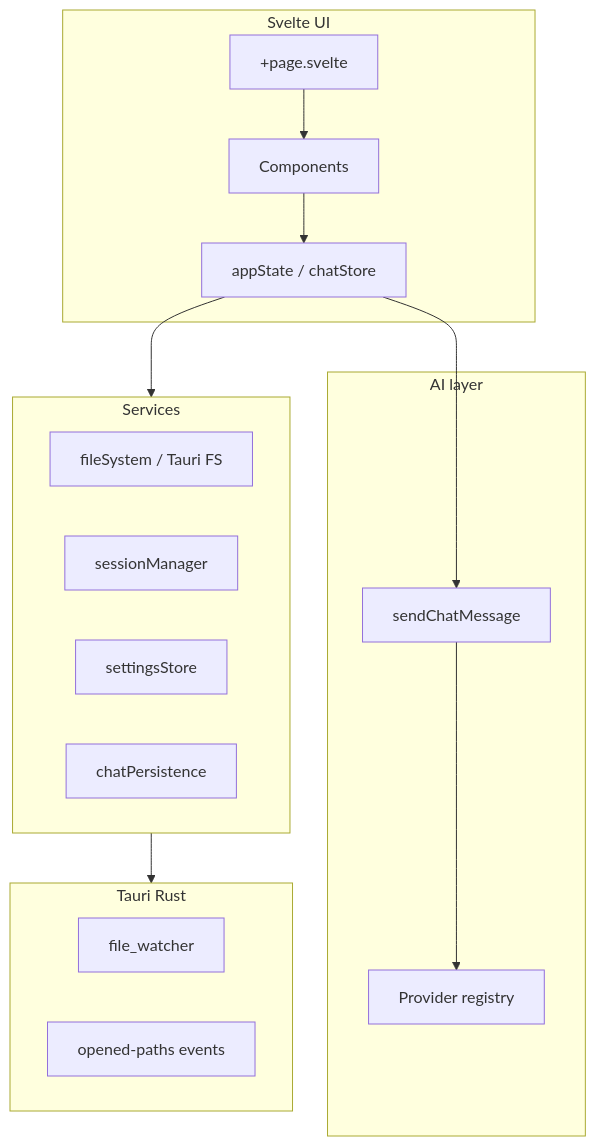
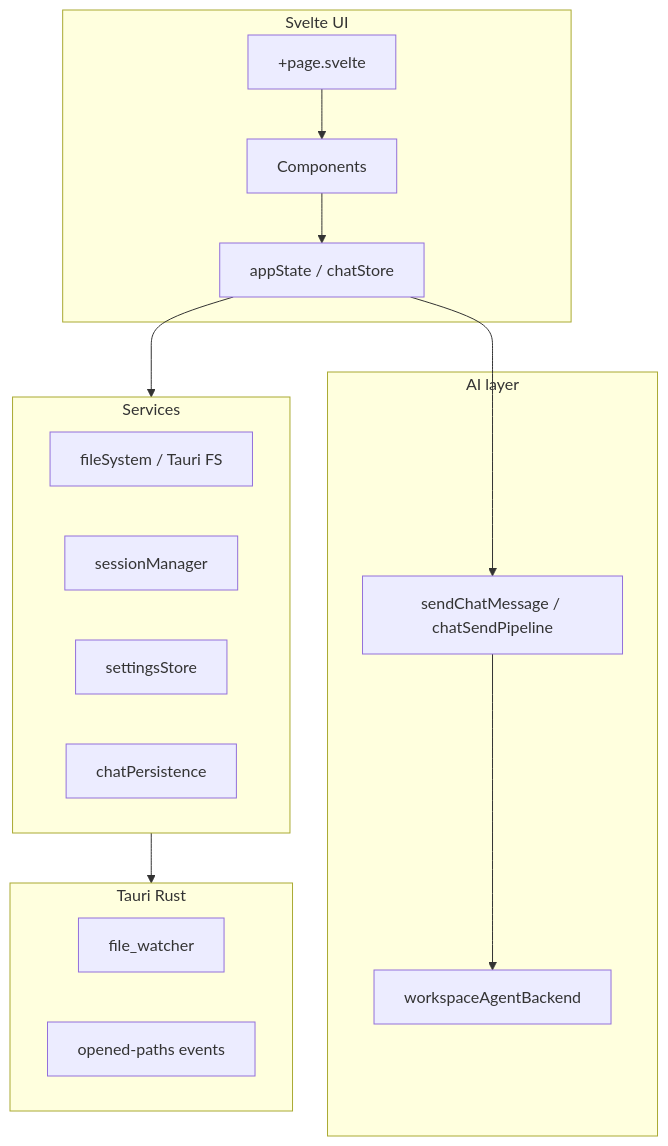
Before and after one commit to AlexeyPerov/SpecOps: the diagram in docs/architecture.md, drawn with Mermaid. The commit also changed other lines of this file and 159 other files, not shown here.

````diff
--- a/docs/architecture.md
+++ b/docs/architecture.md
@@ -49,28 +49,28 @@
 ```mermaid
 flowchart TB
   subgraph ui [Svelte UI]
     Page["+page.svelte"]
     Components[Components]
     State[appState / chatStore]
   end
   subgraph ai [AI layer]
-    Send[sendChatMessage]
-    Providers[Provider registry]
+    Send[sendChatMessage / chatSendPipeline]
+    Backend[workspaceAgentBackend]
   end
   subgraph io [Services]
     FS[fileSystem / Tauri FS]
     Session[sessionManager]
     Settings[settingsStore]
     ChatDisk[chatPersistence]
   end
   subgraph native [Tauri Rust]
     Watcher[file_watcher]
     Events[opened-paths events]
   end
   Page --> Components
   Components --> State
   State --> Send
-  Send --> Providers
+  Send --> Backend
   State --> io
   io --> native
 ```
````
